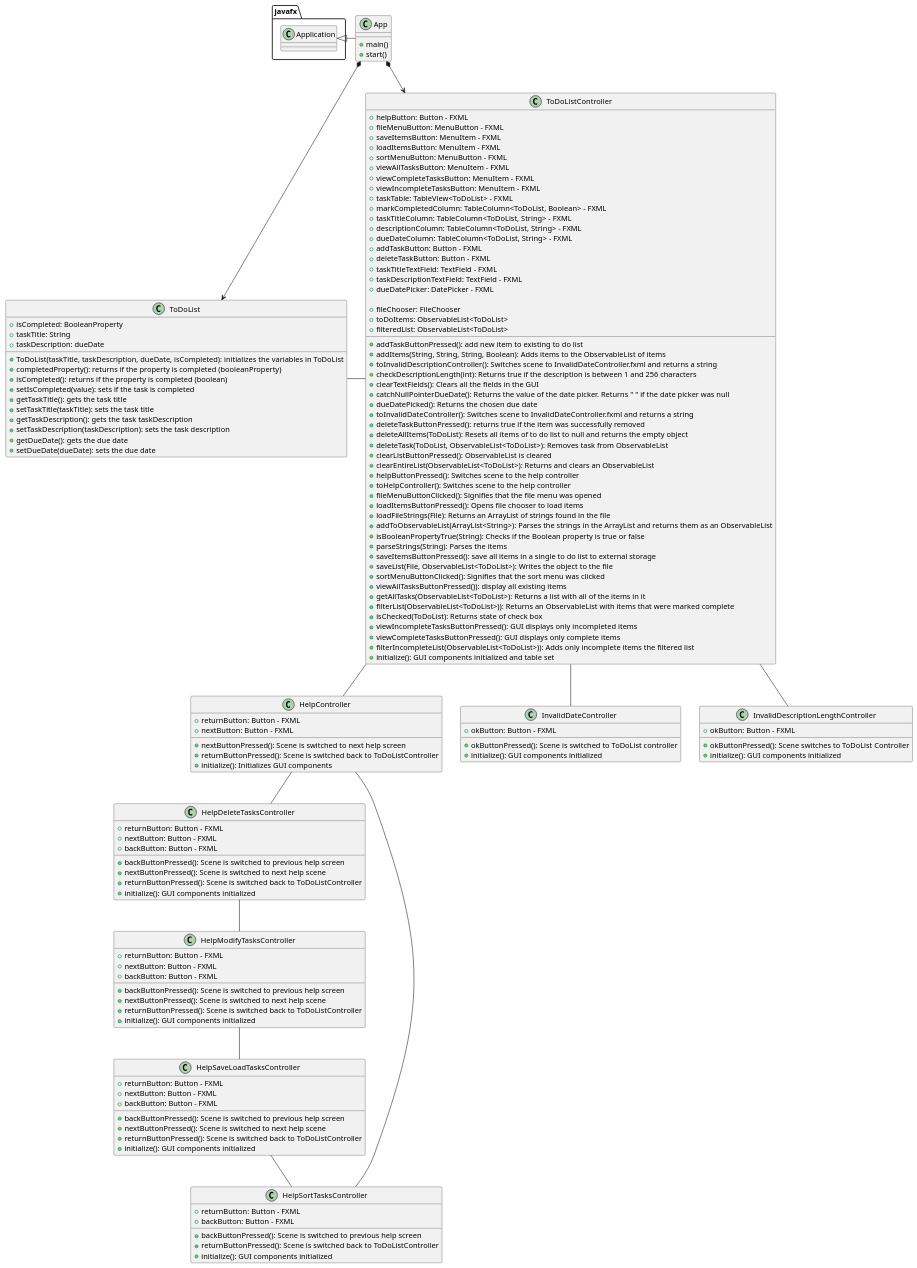
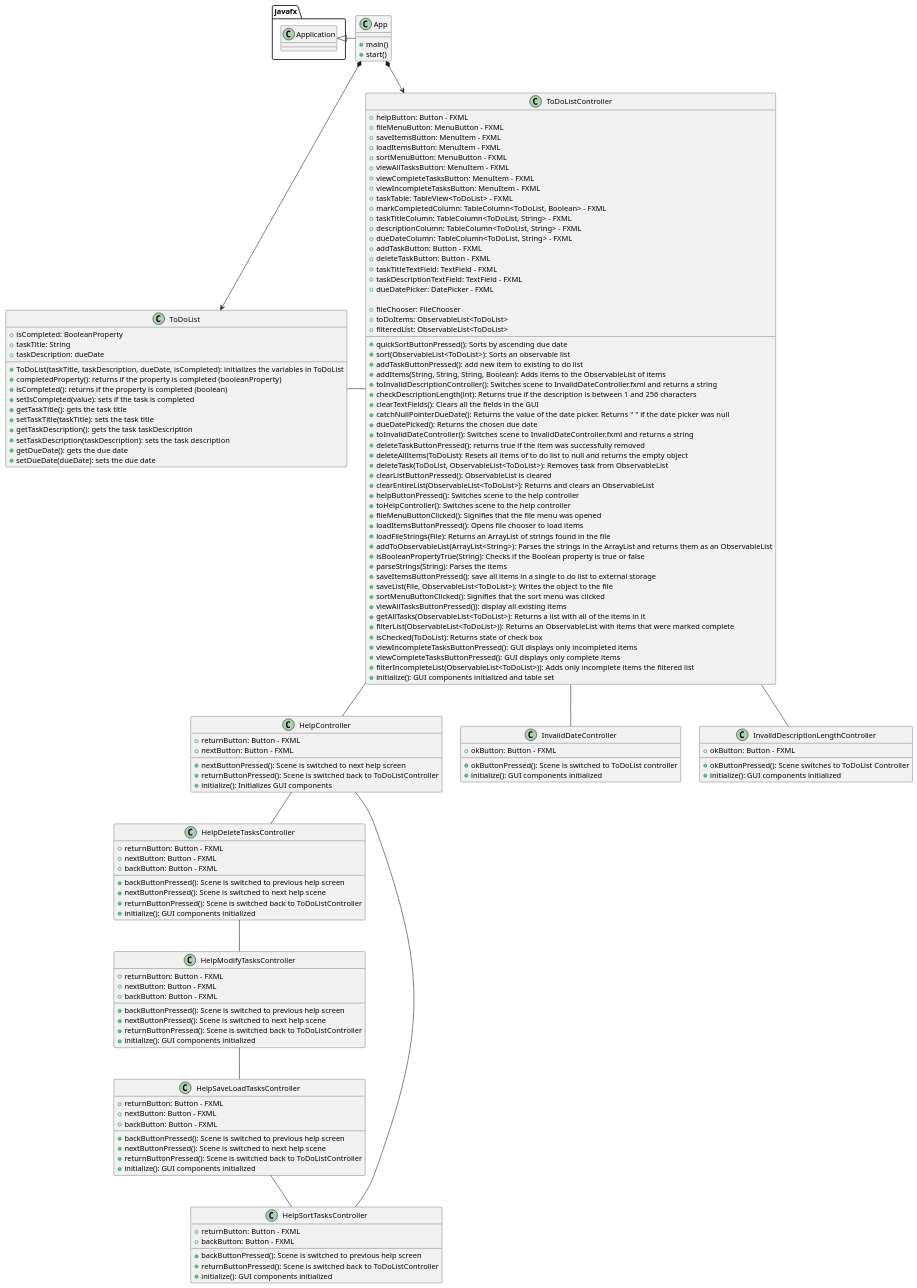
Before and after one commit to savosburn/To-Do-List-with-GUI: the diagram in uml/ToDoList.puml, drawn with PlantUML. The commit also changed 3 other files, not shown here.

Commit message:
Bonus added: quickSort method

```diff
--- a/uml/ToDoList.puml
+++ b/uml/ToDoList.puml
@@ -1,161 +1,163 @@
 @startuml
 'https://plantuml.com/sequence-diagram
 
 class App {
     + main()
     + start()
 }
 
 class ToDoList {
     + isCompleted: BooleanProperty
     + taskTitle: String
     + taskDescription: dueDate
 
     + ToDoList(taskTitle, taskDescription, dueDate, isCompleted): initializes the variables in ToDoList
     + completedProperty(): returns if the property is completed (booleanProperty)
     + isCompleted(): returns if the property is completed (boolean)
     + setIsCompleted(value): sets if the task is completed
     + getTaskTitle(): gets the task title
     + setTaskTitle(taskTitle): sets the task title
     + getTaskDescription(): gets the task taskDescription
     + setTaskDescription(taskDescription): sets the task description
     + getDueDate(): gets the due date
     + setDueDate(dueDate): sets the due date
 }
 
 class ToDoListController {
     + helpButton: Button - FXML
     + fileMenuButton: MenuButton - FXML
     + saveItemsButton: MenuItem - FXML
     + loadItemsButton: MenuItem - FXML
     + sortMenuButton: MenuButton - FXML
     + viewAllTasksButton: MenuItem - FXML
     + viewCompleteTasksButton: MenuItem - FXML
     + viewIncompleteTasksButton: MenuItem - FXML
     + taskTable: TableView<ToDoList> - FXML
     + markCompletedColumn: TableColumn<ToDoList, Boolean> - FXML
     + taskTitleColumn: TableColumn<ToDoList, String> - FXML
     + descriptionColumn: TableColumn<ToDoList, String> - FXML
     + dueDateColumn: TableColumn<ToDoList, String> - FXML
     + addTaskButton: Button - FXML
     + deleteTaskButton: Button - FXML
     + taskTitleTextField: TextField - FXML
     + taskDescriptionTextField: TextField - FXML
     + dueDatePicker: DatePicker - FXML
 
     + fileChooser: FileChooser
     + toDoItems: ObservableList<ToDoList>
     + filteredList: ObservableList<ToDoList>
 
+    + quickSortButtonPressed(): Sorts by ascending due date
+    + sort(ObservableList<ToDoList>): Sorts an observable list
     + addTaskButtonPressed(): add new item to existing to do list
     + addItems(String, String, String, Boolean): Adds items to the ObservableList of items
     + toInvalidDescriptionController(): Switches scene to InvalidDateController.fxml and returns a string
     + checkDescriptionLength(int): Returns true if the description is between 1 and 256 characters
     + clearTextFields(): Clears all the fields in the GUI
     + catchNullPointerDueDate(): Returns the value of the date picker. Returns " " if the date picker was null
     + dueDatePicked(): Returns the chosen due date
     + toInvalidDateController(): Switches scene to InvalidDateController.fxml and returns a string
     + deleteTaskButtonPressed(): returns true if the item was successfully removed
     + deleteAllItems(ToDoList): Resets all items of to do list to null and returns the empty object
     + deleteTask(ToDoList, ObservableList<ToDoList>): Removes task from ObservableList
     + clearListButtonPressed(): ObservableList is cleared
     + clearEntireList(ObservableList<ToDoList>): Returns and clears an ObservableList
     + helpButtonPressed(): Switches scene to the help controller
     + toHelpController(): Switches scene to the help controller
     + fileMenuButtonClicked(): Signifies that the file menu was opened
     + loadItemsButtonPressed(): Opens file chooser to load items
     + loadFileStrings(File): Returns an ArrayList of strings found in the file
     + addToObservableList(ArrayList<String>): Parses the strings in the ArrayList and returns them as an ObservableList
     + isBooleanPropertyTrue(String): Checks if the Boolean property is true or false
     + parseStrings(String): Parses the items
     + saveItemsButtonPressed(): save all items in a single to do list to external storage
     + saveList(File, ObservableList<ToDoList>): Writes the object to the file
     + sortMenuButtonClicked(): Signifies that the sort menu was clicked
     + viewAllTasksButtonPressed()): display all existing items
     + getAllTasks(ObservableList<ToDoList>): Returns a list with all of the items in it
     + filterList(ObservableList<ToDoList>)): Returns an ObservableList with items that were marked complete
     + isChecked(ToDoList): Returns state of check box
     + viewIncompleteTasksButtonPressed(): GUI displays only incompleted items
     + viewCompleteTasksButtonPressed(): GUI displays only complete items
     + filterIncompleteList(ObservableList<ToDoList>)): Adds only incomplete items the filtered list
     + initialize(): GUI components initialized and table set
 }
 
 class HelpController {
     + returnButton: Button - FXML
     + nextButton: Button - FXML
 
     + nextButtonPressed(): Scene is switched to next help screen
     + returnButtonPressed(): Scene is switched back to ToDoListController
     + initialize(): Initializes GUI components
 }
 
 class HelpDeleteTasksController {
     + returnButton: Button - FXML
     + nextButton: Button - FXML
     + backButton: Button - FXML
 
     + backButtonPressed(): Scene is switched to previous help screen
     + nextButtonPressed(): Scene is switched to next help scene
     + returnButtonPressed(): Scene is switched back to ToDoListController
     + initialize(): GUI components initialized
 }
 
 class HelpModifyTasksController {
     + returnButton: Button - FXML
     + nextButton: Button - FXML
     + backButton: Button - FXML
 
     + backButtonPressed(): Scene is switched to previous help screen
     + nextButtonPressed(): Scene is switched to next help scene
     + returnButtonPressed(): Scene is switched back to ToDoListController
     + initialize(): GUI components initialized
 }
 
 class HelpSaveLoadTasksController {
     + returnButton: Button - FXML
     + nextButton: Button - FXML
     + backButton: Button - FXML
 
     + backButtonPressed(): Scene is switched to previous help screen
     + nextButtonPressed(): Scene is switched to next help scene
     + returnButtonPressed(): Scene is switched back to ToDoListController
     + initialize(): GUI components initialized
 }
 
 class HelpSortTasksController {
     + returnButton: Button - FXML
     + backButton: Button - FXML
 
     + backButtonPressed(): Scene is switched to previous help screen
     + returnButtonPressed(): Scene is switched back to ToDoListController
     + initialize(): GUI components initialized
 }
 
 class InvalidDateController {
     + okButton: Button - FXML
 
     + okButtonPressed(): Scene is switched to ToDoList controller
     + initialize(): GUI components initialized
 }
 
 class InvalidDescriptionLengthController {
     + okButton: Button - FXML
 
     + okButtonPressed(): Scene switches to ToDoList Controller
     + initialize(): GUI components initialized
 }
 
 javafx.Application <|- App
 App *--> ToDoListController
 ToDoListController -- HelpController
 ToDoListController -- InvalidDateController
 ToDoListController -- InvalidDescriptionLengthController
 HelpController -- HelpDeleteTasksController
 HelpDeleteTasksController -- HelpModifyTasksController
 HelpModifyTasksController -- HelpSaveLoadTasksController
 HelpSaveLoadTasksController -- HelpSortTasksController
 HelpSortTasksController -- HelpController
 App *--> ToDoList
 ToDoList - ToDoListController
 @enduml
```
